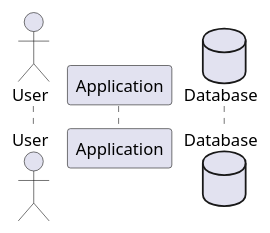
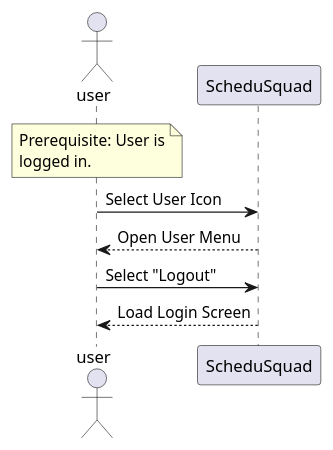
Before and after one commit to dhilbmann/ScheduSquad: the diagram in plantuml/SequenceDiagrams/logOut.plantuml, drawn with PlantUML. The commit also changed 8 other files, not shown here.

Commit message:
Finished Sequence Diagrams

```diff
--- a/plantuml/SequenceDiagrams/logOut.plantuml
+++ b/plantuml/SequenceDiagrams/logOut.plantuml
@@ -1,6 +1,14 @@
 @startuml Log Out
-actor User
-participant Application as app
-database Database as db
+actor user
+participant ScheduSquad as app
 
+note over user
+Prerequisite: User is
+logged in.
+end note
+
+user -> app : Select User Icon
+app --> user : Open User Menu
+user -> app : Select "Logout"
+app --> user : Load Login Screen
 @enduml
```
